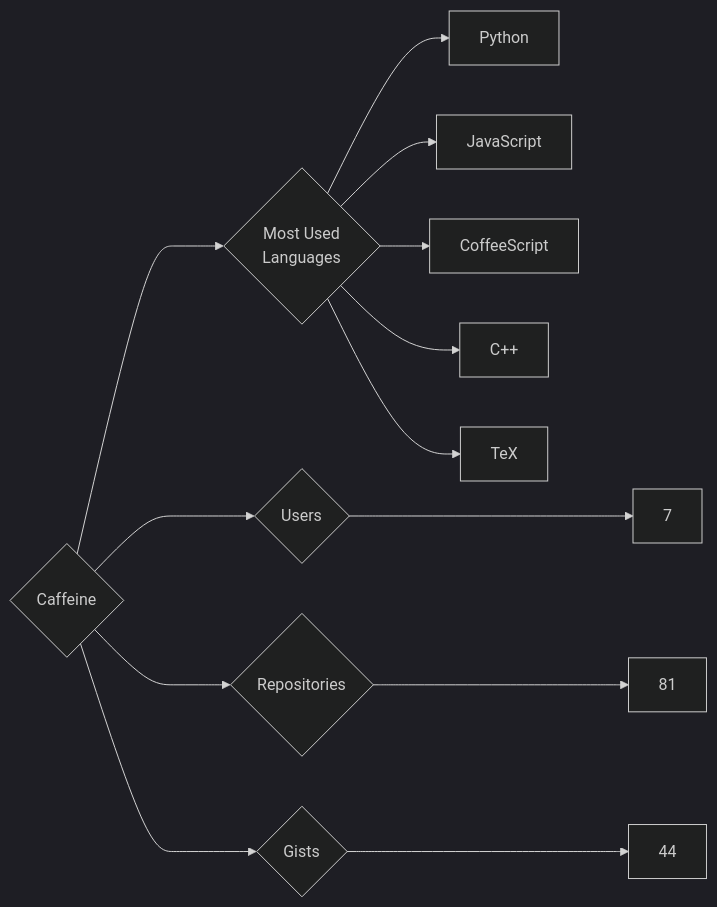
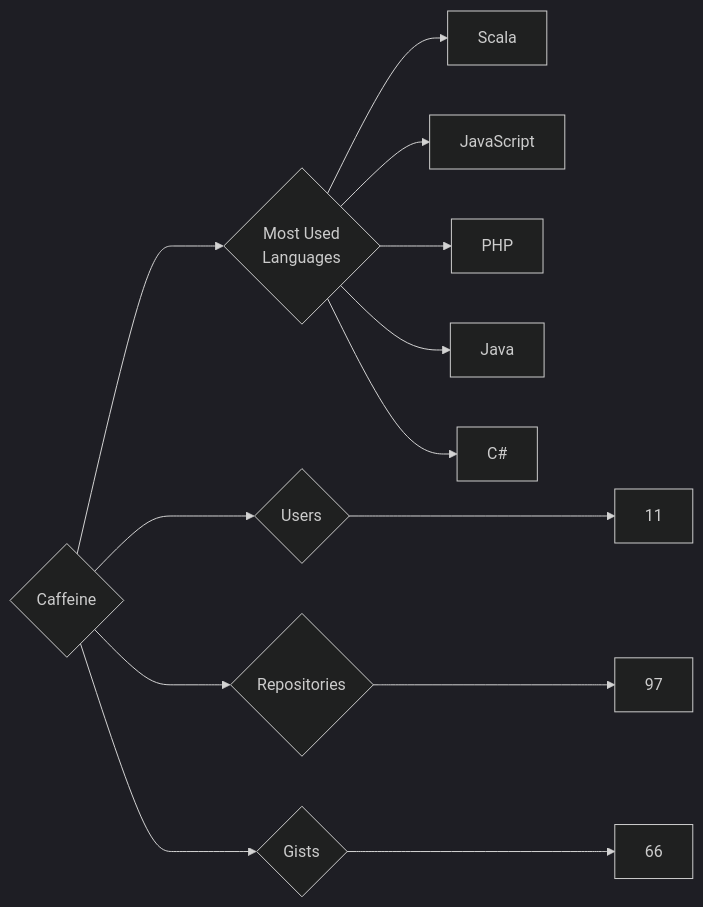
The diagram in targets/Caffeine/README.md (trickest/insiders), drawn with Mermaid (dark theme) before and after one commit. The commit also changed 622 other files, not shown here.

````diff
--- a/targets/Caffeine/README.md
+++ b/targets/Caffeine/README.md
@@ -3,13 +3,13 @@
 ```mermaid
 graph LR
 COMPANY_NAME{Caffeine}
-COMPANY_NAME ---> U{Users} ---> UN[7]
-COMPANY_NAME ---> R{Repositories} ---> RN[81]
-COMPANY_NAME ---> G{Gists} ---> GN[44]
+COMPANY_NAME ---> U{Users} ---> UN[11]
+COMPANY_NAME ---> R{Repositories} ---> RN[97]
+COMPANY_NAME ---> G{Gists} ---> GN[66]
 COMPANY_NAME ---> ML{Most Used<br>Languages}
-ML --> Python[Python]
+ML --> Scala[Scala]
 ML --> JavaScript[JavaScript]
-ML --> CoffeeScript[CoffeeScript]
-ML --> C++[C++]
-ML --> TeX[TeX]
+ML --> PHP[PHP]
+ML --> Java[Java]
+ML --> C#[C#]
 ```
````
